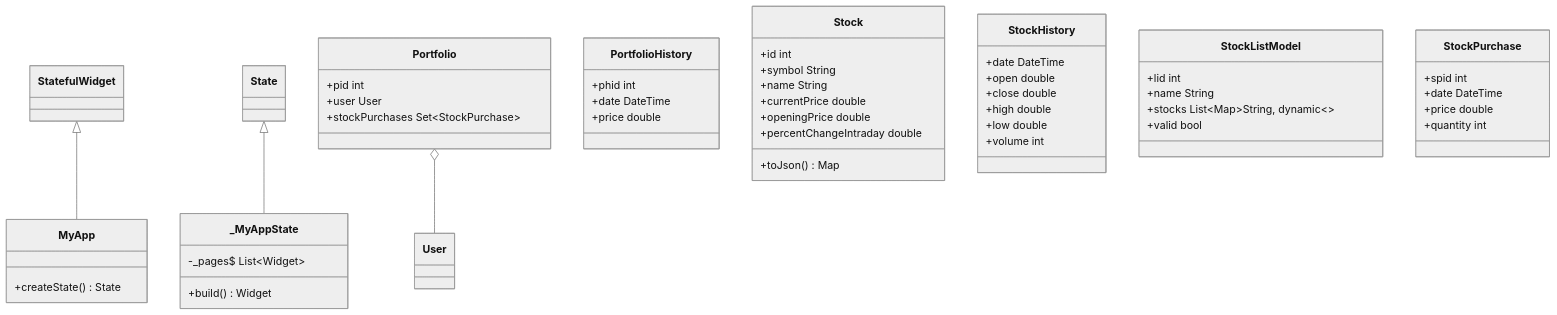
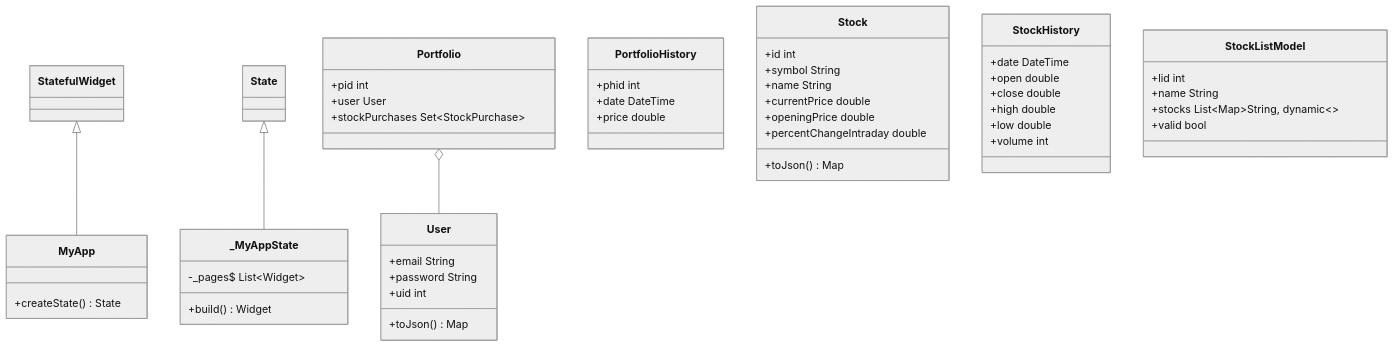
One commit to rednas-source/ExpensesApp changed the diagram in README.md. Above: the diagram before and after it, drawn with Mermaid (neutral theme).

````diff
--- a/README.md
+++ b/README.md
@@ -21,51 +21,51 @@
 ```mermaid
 classDiagram
 class MyApp
 MyApp : +createState() State<MyApp>
 StatefulWidget <|-- MyApp
 
 class _MyAppState
 _MyAppState : -_pages$ List~Widget~
 _MyAppState : +build() Widget
 State <|-- _MyAppState
 
 class Portfolio
 Portfolio : +pid int
 Portfolio : +user User
 Portfolio o-- User
 Portfolio : +stockPurchases Set~StockPurchase~
 
 class PortfolioHistory
 PortfolioHistory : +phid int
 PortfolioHistory : +date DateTime
 PortfolioHistory : +price double
 
 class Stock
 Stock : +id int
 Stock : +symbol String
 Stock : +name String
 Stock : +currentPrice double
 Stock : +openingPrice double
 Stock : +percentChangeIntraday double
 Stock : +toJson() Map<String, dynamic>
 
 class StockHistory
 StockHistory : +date DateTime
 StockHistory : +open double
 StockHistory : +close double
 StockHistory : +high double
 StockHistory : +low double
 StockHistory : +volume int
 
 class StockListModel
 StockListModel : +lid int
 StockListModel : +name String
 StockListModel : +stocks List~Map~String, dynamic~~
 StockListModel : +valid bool
 
-class StockPurchase
-StockPurchase : +spid int
-StockPurchase : +date DateTime
-StockPurchase : +price double
-StockPurchase : +quantity int
+class User
+User : +email String
+User : +password String
+User : +uid int
+User : +toJson() Map<String, dynamic>
 ```
````
